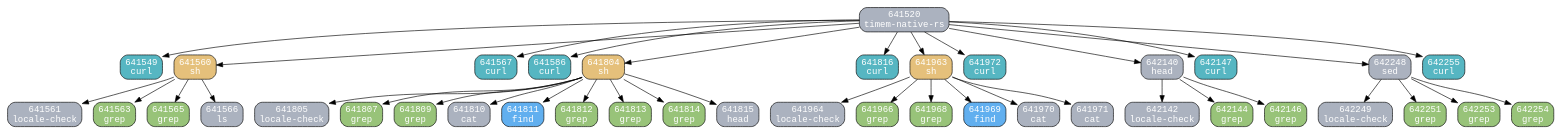
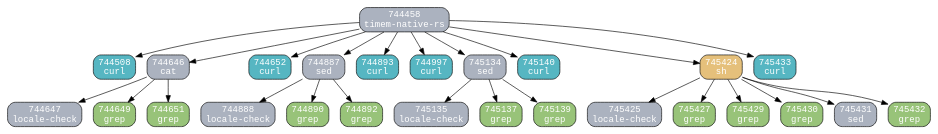
Before and after one commit to Claud-Ling/agent-sight: the diagram in research/timemai-process-model/output/process_tree_T3-code-change.dot, drawn with Graphviz. The commit also changed 33 other files, not shown here.

```diff
--- a/research/timemai-process-model/output/process_tree_T3-code-change.dot
+++ b/research/timemai-process-model/output/process_tree_T3-code-change.dot
@@ -1,82 +1,56 @@
 digraph process_tree {
   rankdir=TB;
   node [shape=box, style=rounded, fontname=monospace];
   edge [fontname=monospace, fontsize=10];
-  641520 [label="641520\ntimem-native-rs" fillcolor="#ABB2BF" style="filled,rounded" fontcolor="white"];
-  641549 [label="641549\ncurl" fillcolor="#56B6C2" style="filled,rounded" fontcolor="white"];
-  641520 -> 641549;
-  641560 [label="641560\nsh" fillcolor="#E5C07B" style="filled,rounded" fontcolor="white"];
-  641561 [label="641561\nlocale-check" fillcolor="#ABB2BF" style="filled,rounded" fontcolor="white"];
-  641560 -> 641561;
-  641563 [label="641563\ngrep" fillcolor="#98C379" style="filled,rounded" fontcolor="white"];
-  641560 -> 641563;
-  641565 [label="641565\ngrep" fillcolor="#98C379" style="filled,rounded" fontcolor="white"];
-  641560 -> 641565;
-  641566 [label="641566\nls" fillcolor="#ABB2BF" style="filled,rounded" fontcolor="white"];
-  641560 -> 641566;
-  641520 -> 641560;
-  641567 [label="641567\ncurl" fillcolor="#56B6C2" style="filled,rounded" fontcolor="white"];
-  641520 -> 641567;
-  641586 [label="641586\ncurl" fillcolor="#56B6C2" style="filled,rounded" fontcolor="white"];
-  641520 -> 641586;
-  641804 [label="641804\nsh" fillcolor="#E5C07B" style="filled,rounded" fontcolor="white"];
-  641805 [label="641805\nlocale-check" fillcolor="#ABB2BF" style="filled,rounded" fontcolor="white"];
-  641804 -> 641805;
-  641807 [label="641807\ngrep" fillcolor="#98C379" style="filled,rounded" fontcolor="white"];
-  641804 -> 641807;
-  641809 [label="641809\ngrep" fillcolor="#98C379" style="filled,rounded" fontcolor="white"];
-  641804 -> 641809;
-  641810 [label="641810\ncat" fillcolor="#ABB2BF" style="filled,rounded" fontcolor="white"];
-  641804 -> 641810;
-  641811 [label="641811\nfind" fillcolor="#61AFEF" style="filled,rounded" fontcolor="white"];
-  641804 -> 641811;
-  641812 [label="641812\ngrep" fillcolor="#98C379" style="filled,rounded" fontcolor="white"];
-  641804 -> 641812;
-  641813 [label="641813\ngrep" fillcolor="#98C379" style="filled,rounded" fontcolor="white"];
-  641804 -> 641813;
-  641814 [label="641814\ngrep" fillcolor="#98C379" style="filled,rounded" fontcolor="white"];
-  641804 -> 641814;
-  641815 [label="641815\nhead" fillcolor="#ABB2BF" style="filled,rounded" fontcolor="white"];
-  641804 -> 641815;
-  641520 -> 641804;
-  641816 [label="641816\ncurl" fillcolor="#56B6C2" style="filled,rounded" fontcolor="white"];
-  641520 -> 641816;
-  641963 [label="641963\nsh" fillcolor="#E5C07B" style="filled,rounded" fontcolor="white"];
-  641964 [label="641964\nlocale-check" fillcolor="#ABB2BF" style="filled,rounded" fontcolor="white"];
-  641963 -> 641964;
-  641966 [label="641966\ngrep" fillcolor="#98C379" style="filled,rounded" fontcolor="white"];
-  641963 -> 641966;
-  641968 [label="641968\ngrep" fillcolor="#98C379" style="filled,rounded" fontcolor="white"];
-  641963 -> 641968;
-  641969 [label="641969\nfind" fillcolor="#61AFEF" style="filled,rounded" fontcolor="white"];
-  641963 -> 641969;
-  641970 [label="641970\ncat" fillcolor="#ABB2BF" style="filled,rounded" fontcolor="white"];
-  641963 -> 641970;
-  641971 [label="641971\ncat" fillcolor="#ABB2BF" style="filled,rounded" fontcolor="white"];
-  641963 -> 641971;
-  641520 -> 641963;
-  641972 [label="641972\ncurl" fillcolor="#56B6C2" style="filled,rounded" fontcolor="white"];
-  641520 -> 641972;
-  642140 [label="642140\nhead" fillcolor="#ABB2BF" style="filled,rounded" fontcolor="white"];
-  642142 [label="642142\nlocale-check" fillcolor="#ABB2BF" style="filled,rounded" fontcolor="white"];
-  642140 -> 642142;
-  642144 [label="642144\ngrep" fillcolor="#98C379" style="filled,rounded" fontcolor="white"];
-  642140 -> 642144;
-  642146 [label="642146\ngrep" fillcolor="#98C379" style="filled,rounded" fontcolor="white"];
-  642140 -> 642146;
-  641520 -> 642140;
-  642147 [label="642147\ncurl" fillcolor="#56B6C2" style="filled,rounded" fontcolor="white"];
-  641520 -> 642147;
-  642248 [label="642248\nsed" fillcolor="#ABB2BF" style="filled,rounded" fontcolor="white"];
-  642249 [label="642249\nlocale-check" fillcolor="#ABB2BF" style="filled,rounded" fontcolor="white"];
-  642248 -> 642249;
-  642251 [label="642251\ngrep" fillcolor="#98C379" style="filled,rounded" fontcolor="white"];
-  642248 -> 642251;
-  642253 [label="642253\ngrep" fillcolor="#98C379" style="filled,rounded" fontcolor="white"];
-  642248 -> 642253;
-  642254 [label="642254\ngrep" fillcolor="#98C379" style="filled,rounded" fontcolor="white"];
-  642248 -> 642254;
-  641520 -> 642248;
-  642255 [label="642255\ncurl" fillcolor="#56B6C2" style="filled,rounded" fontcolor="white"];
-  641520 -> 642255;
+  744458 [label="744458\ntimem-native-rs" fillcolor="#ABB2BF" style="filled,rounded" fontcolor="white"];
+  744508 [label="744508\ncurl" fillcolor="#56B6C2" style="filled,rounded" fontcolor="white"];
+  744458 -> 744508;
+  744646 [label="744646\ncat" fillcolor="#ABB2BF" style="filled,rounded" fontcolor="white"];
+  744647 [label="744647\nlocale-check" fillcolor="#ABB2BF" style="filled,rounded" fontcolor="white"];
+  744646 -> 744647;
+  744649 [label="744649\ngrep" fillcolor="#98C379" style="filled,rounded" fontcolor="white"];
+  744646 -> 744649;
+  744651 [label="744651\ngrep" fillcolor="#98C379" style="filled,rounded" fontcolor="white"];
+  744646 -> 744651;
+  744458 -> 744646;
+  744652 [label="744652\ncurl" fillcolor="#56B6C2" style="filled,rounded" fontcolor="white"];
+  744458 -> 744652;
+  744887 [label="744887\nsed" fillcolor="#ABB2BF" style="filled,rounded" fontcolor="white"];
+  744888 [label="744888\nlocale-check" fillcolor="#ABB2BF" style="filled,rounded" fontcolor="white"];
+  744887 -> 744888;
+  744890 [label="744890\ngrep" fillcolor="#98C379" style="filled,rounded" fontcolor="white"];
+  744887 -> 744890;
+  744892 [label="744892\ngrep" fillcolor="#98C379" style="filled,rounded" fontcolor="white"];
+  744887 -> 744892;
+  744458 -> 744887;
+  744893 [label="744893\ncurl" fillcolor="#56B6C2" style="filled,rounded" fontcolor="white"];
+  744458 -> 744893;
+  744997 [label="744997\ncurl" fillcolor="#56B6C2" style="filled,rounded" fontcolor="white"];
+  744458 -> 744997;
+  745134 [label="745134\nsed" fillcolor="#ABB2BF" style="filled,rounded" fontcolor="white"];
+  745135 [label="745135\nlocale-check" fillcolor="#ABB2BF" style="filled,rounded" fontcolor="white"];
+  745134 -> 745135;
+  745137 [label="745137\ngrep" fillcolor="#98C379" style="filled,rounded" fontcolor="white"];
+  745134 -> 745137;
+  745139 [label="745139\ngrep" fillcolor="#98C379" style="filled,rounded" fontcolor="white"];
+  745134 -> 745139;
+  744458 -> 745134;
+  745140 [label="745140\ncurl" fillcolor="#56B6C2" style="filled,rounded" fontcolor="white"];
+  744458 -> 745140;
+  745424 [label="745424\nsh" fillcolor="#E5C07B" style="filled,rounded" fontcolor="white"];
+  745425 [label="745425\nlocale-check" fillcolor="#ABB2BF" style="filled,rounded" fontcolor="white"];
+  745424 -> 745425;
+  745427 [label="745427\ngrep" fillcolor="#98C379" style="filled,rounded" fontcolor="white"];
+  745424 -> 745427;
+  745429 [label="745429\ngrep" fillcolor="#98C379" style="filled,rounded" fontcolor="white"];
+  745424 -> 745429;
+  745430 [label="745430\ngrep" fillcolor="#98C379" style="filled,rounded" fontcolor="white"];
+  745424 -> 745430;
+  745431 [label="745431\nsed" fillcolor="#ABB2BF" style="filled,rounded" fontcolor="white"];
+  745424 -> 745431;
+  745432 [label="745432\ngrep" fillcolor="#98C379" style="filled,rounded" fontcolor="white"];
+  745424 -> 745432;
+  744458 -> 745424;
+  745433 [label="745433\ncurl" fillcolor="#56B6C2" style="filled,rounded" fontcolor="white"];
+  744458 -> 745433;
 }
```
